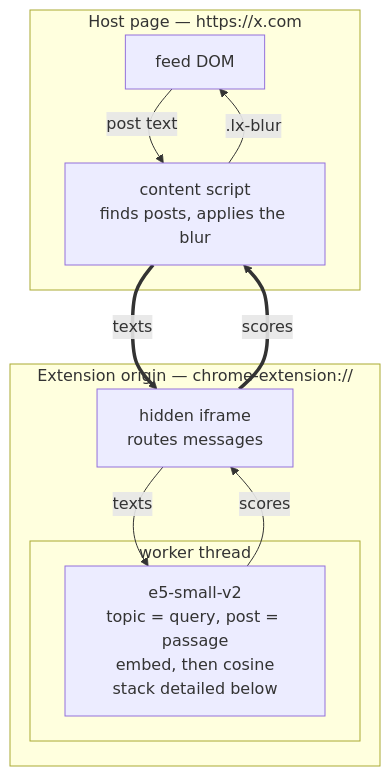
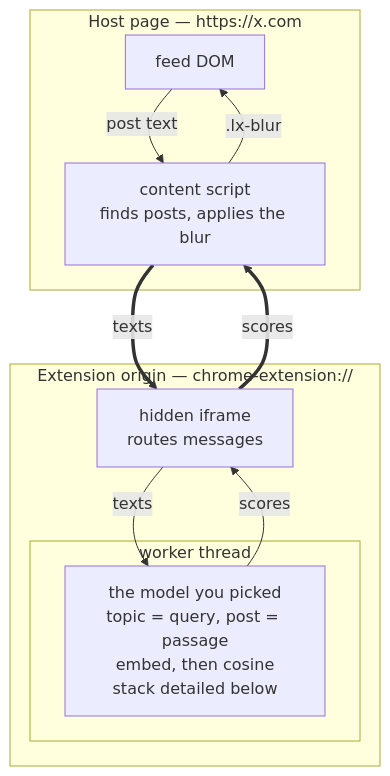
Before and after one commit to dephelion/ufeed: the first of 2 diagrams in docs/how-it-works.md, drawn with Mermaid. The commit also changed other lines of this file and 5 other files, not shown here.

````diff
--- a/docs/how-it-works.md
+++ b/docs/how-it-works.md
@@ -28,21 +28,21 @@
 ```mermaid
 flowchart TB
   subgraph host["Host page — https://x.com"]
     dom["feed DOM"]
     cs["content script<br/>finds posts, applies the blur"]
     dom -- "post text" --> cs
     cs -- ".lx-blur" --> dom
   end
 
   subgraph ext["Extension origin — chrome-extension://"]
     frame["hidden iframe<br/>routes messages"]
     subgraph thr["worker thread"]
-      wk["e5-small-v2<br/>topic = query, post = passage<br/>embed, then cosine<br/>stack detailed below"]
+      wk["the model you picked<br/>topic = query, post = passage<br/>embed, then cosine<br/>stack detailed below"]
     end
     frame -- "texts" --> wk
     wk -- "scores" --> frame
   end
 
   cs == "texts" ==> frame
   frame == "scores" ==> cs
 ```
````
